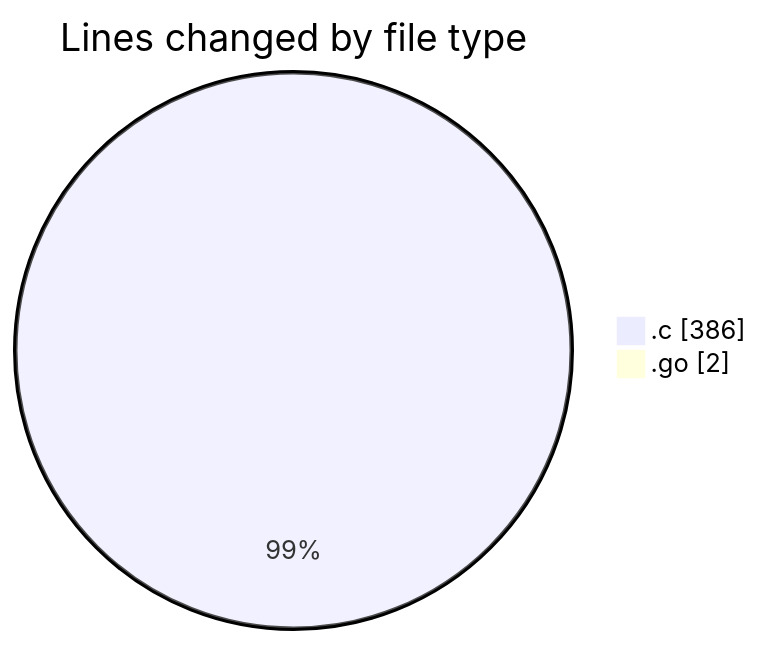
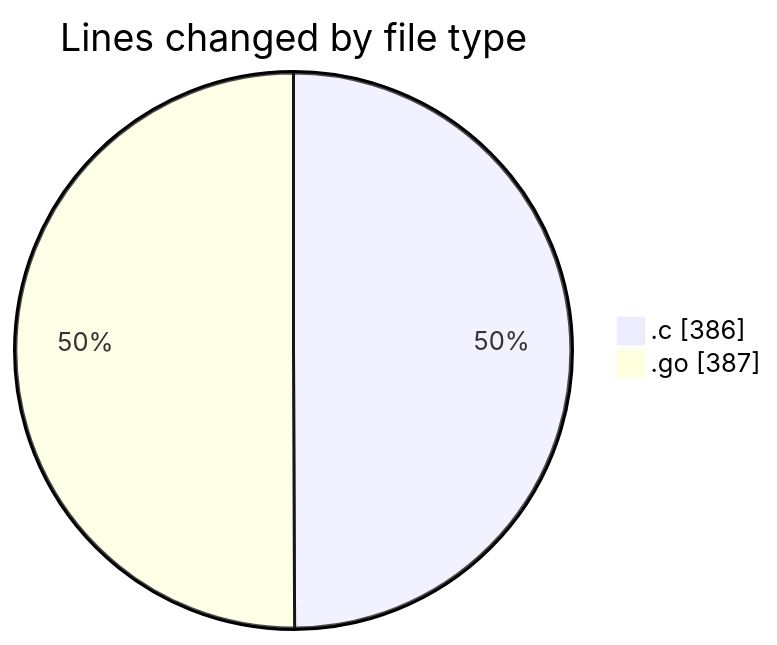
The first of 2 diagrams in 2025-03-05/termoa-central/README.md (robertbonfada/code-tracking), drawn with Mermaid before and after one commit. The commit also changed other lines of this file and 1 other file, not shown here.

````diff
--- a/2025-03-05/termoa-central/README.md
+++ b/2025-03-05/termoa-central/README.md
@@ -22,6 +22,6 @@
 ```mermaid
 pie showData
 title Lines changed by file type
 ".c" : 386
-".go" : 2
+".go" : 387
 ```
````
